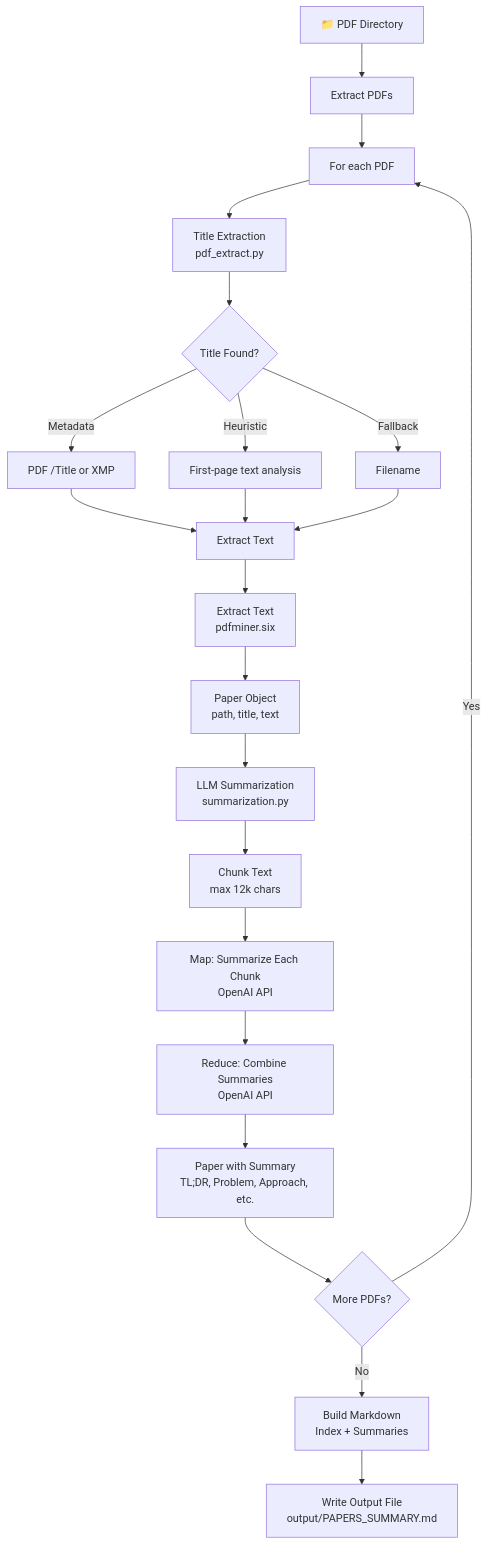
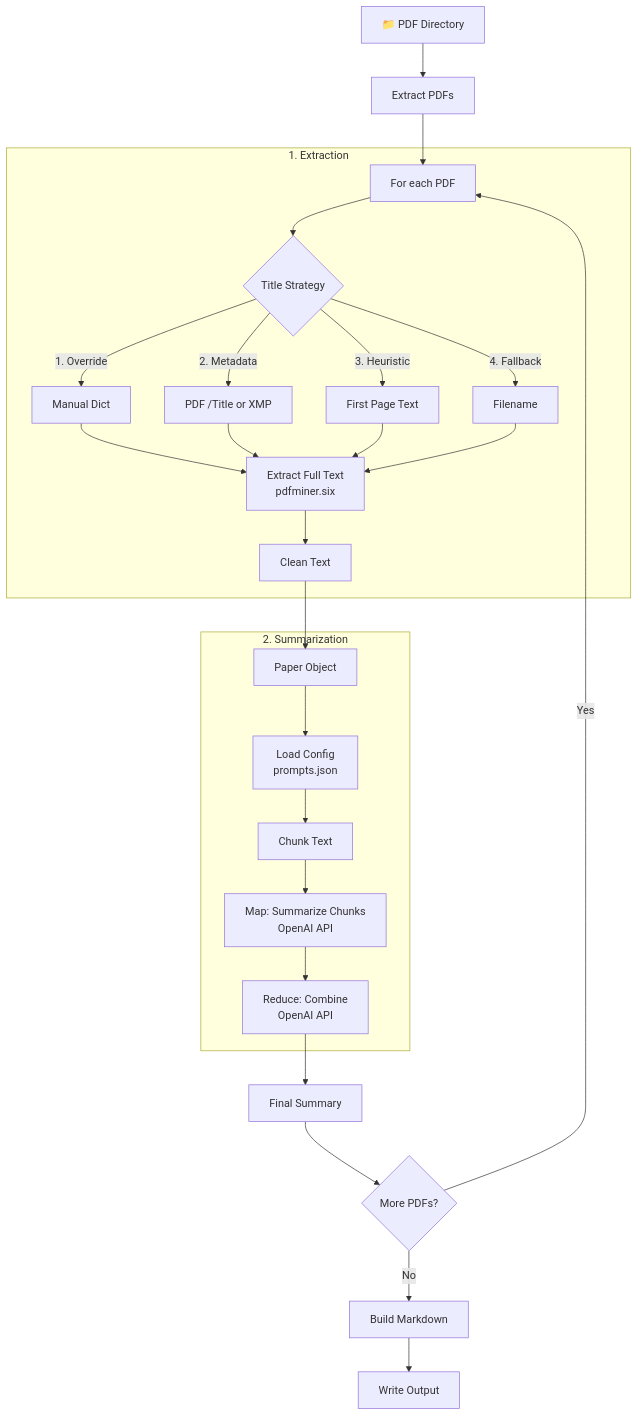
One commit to angelotc/paper2md changed the diagram in README.md. Above: the diagram before and after it, drawn with Mermaid.

````diff
--- a/README.md
+++ b/README.md
@@ -83,28 +83,34 @@
 ```mermaid
 graph TD
     A[📁 PDF Directory] --> B[Extract PDFs]
     B --> C[For each PDF]
 
-    C --> D[Title Extraction<br/>pdf_extract.py]
-    D --> E{Title Found?}
-    E -->|Metadata| F[PDF /Title or XMP]
-    E -->|Heuristic| G[First-page text analysis]
-    E -->|Fallback| H[Filename]
-    F --> I[Extract Text]
-    G --> I
-    H --> I
+    subgraph "1. Extraction"
+        C --> D{Title Strategy}
+        D -->|1. Override| E[Manual Dict]
+        D -->|2. Metadata| F[PDF /Title or XMP]
+        D -->|3. Heuristic| G[First Page Text]
+        D -->|4. Fallback| H[Filename]
+        
+        E --> I[Extract Full Text<br/>pdfminer.six]
+        F --> I
+        G --> I
+        H --> I
+        I --> J[Clean Text]
+    end
 
-    I --> J[Extract Text<br/>pdfminer.six]
-    J --> M[Paper Object<br/>path, title, text]
+    J --> K[Paper Object]
 
-    M --> N[LLM Summarization<br/>summarization.py]
-    N --> O[Chunk Text<br/>max 12k chars]
-    O --> P[Map: Summarize Each Chunk<br/>OpenAI API]
-    P --> Q[Reduce: Combine Summaries<br/>OpenAI API]
-    Q --> R[Paper with Summary<br/>TL;DR, Problem, Approach, etc.]
+    subgraph "2. Summarization"
+        K --> L[Load Config<br/>prompts.json]
+        L --> M[Chunk Text]
+        M --> N[Map: Summarize Chunks<br/>OpenAI API]
+        N --> O[Reduce: Combine<br/>OpenAI API]
+    end
 
-    R --> S{More PDFs?}
-    S -->|Yes| C
-    S -->|No| T[Build Markdown<br/>Index + Summaries]
-    T --> U[Write Output File<br/>output/PAPERS_SUMMARY.md]
+    O --> P[Final Summary]
+    P --> Q{More PDFs?}
+    Q -->|Yes| C
+    Q -->|No| R[Build Markdown]
+    R --> S[Write Output]
 ```
````
